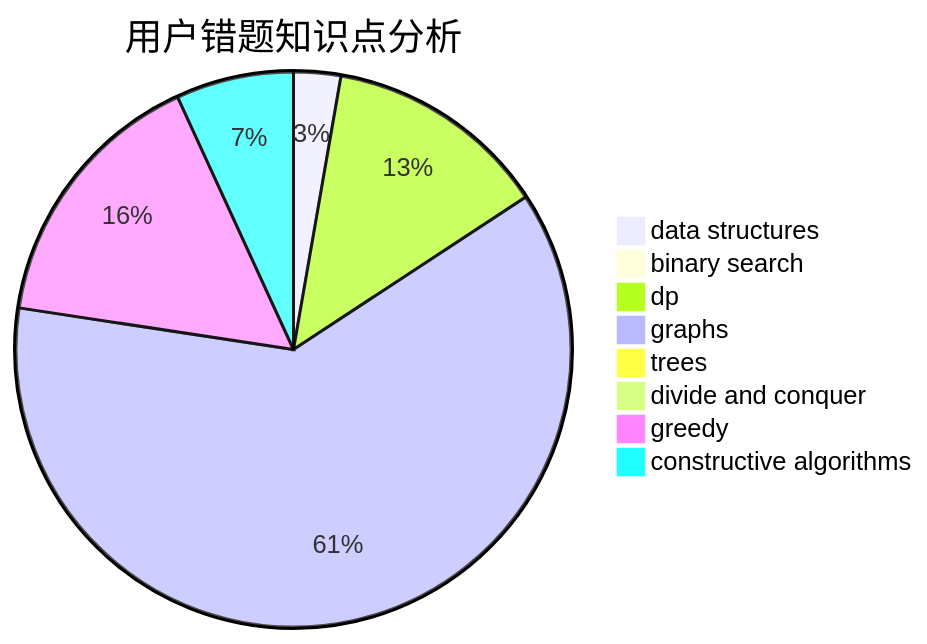
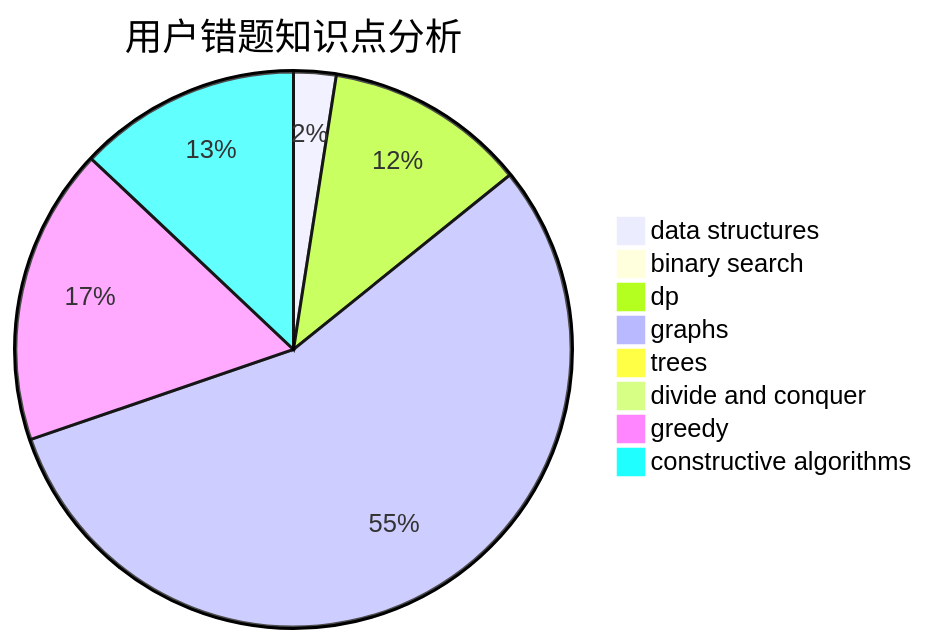
The third of 3 diagrams in docs/user/u914.md (sherpahu/cfrs.github.io), drawn with Mermaid before and after one commit. The commit also changed other lines of this file and 2770 other files, not shown here.

````diff
--- a/docs/user/u914.md
+++ b/docs/user/u914.md
@@ -36,11 +36,11 @@
 ```mermaid
 pie title 用户错题知识点分析
     "data structures" :  4
     "binary search" :  1
     "dp" :  19
     "graphs" :  90
     "trees" :  1
     "divide and conquer" :  0
-    "greedy" :  23
-    "constructive algorithms" :  10
+    "greedy" :  28
+    "constructive algorithms" :  21
 ```
````
